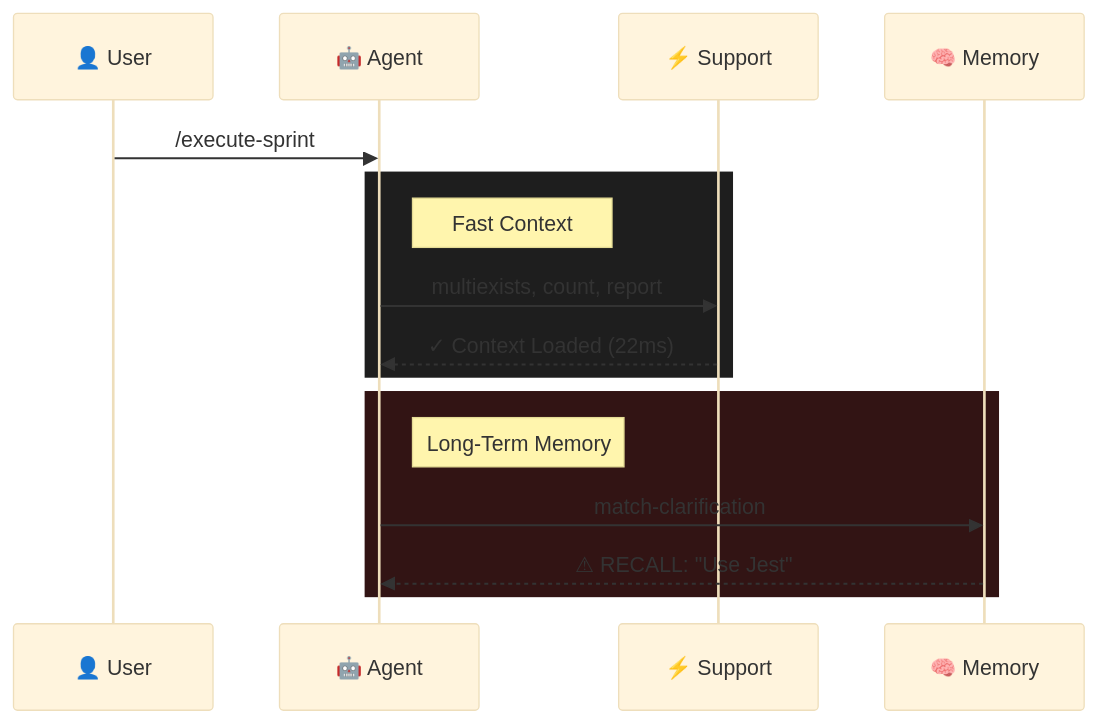
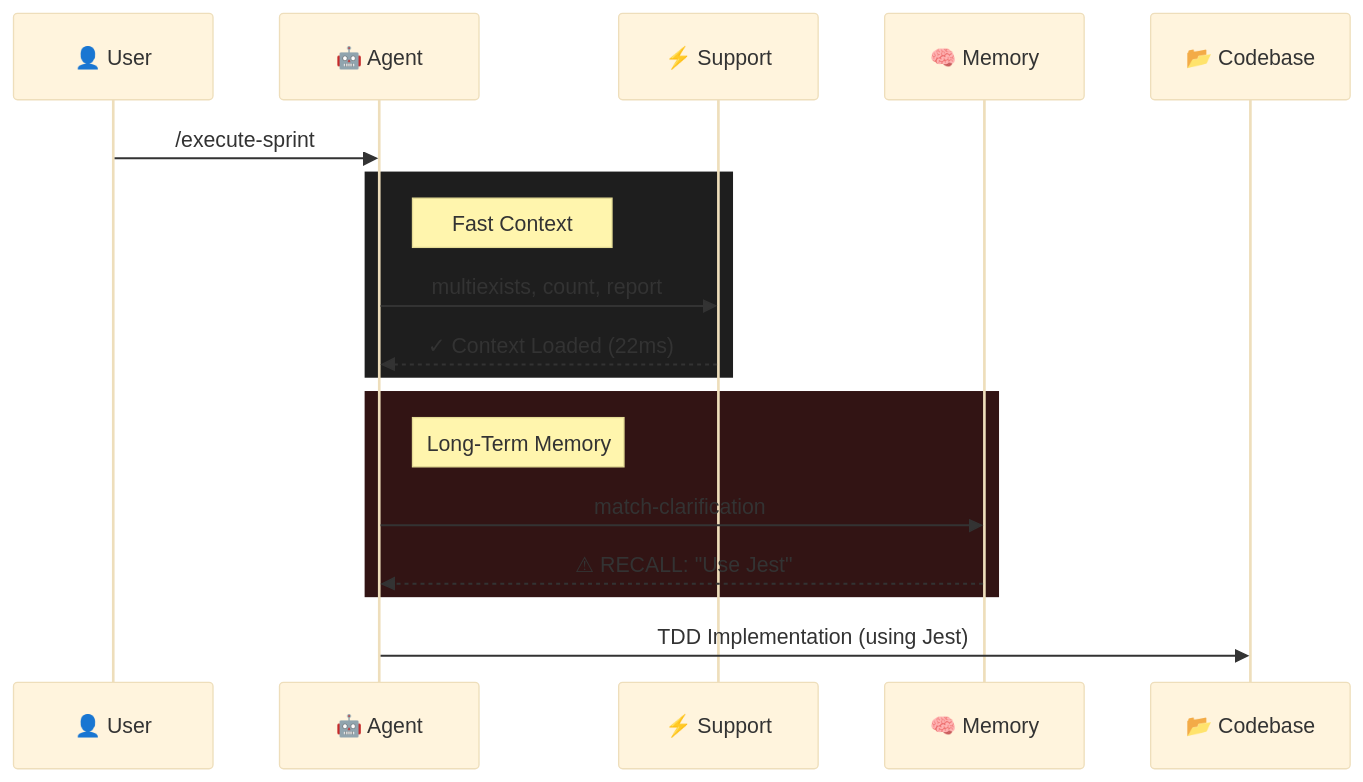
One commit to samestrin/llm-tools changed the diagram in README.md. Above: the diagram before and after it, drawn with Mermaid (base theme).

````diff
--- a/README.md
+++ b/README.md
@@ -146,21 +146,24 @@
 ```mermaid
 sequenceDiagram
     participant U as 👤 User
     participant A as 🤖 Agent
     participant S as ⚡ Support
     participant M as 🧠 Memory
+    participant C as 📂 Codebase
 
     U->>A: /execute-sprint
     
     rect rgb(30, 30, 30)
         note right of A: Fast Context
         A->>S: multiexists, count, report
         S-->>A: ✓ Context Loaded (22ms)
     end
     
     rect rgb(50, 20, 20)
         note right of A: Long-Term Memory
         A->>M: match-clarification
         M-->>A: ⚠ RECALL: "Use Jest"
     end
+
+    A->>C: TDD Implementation (using Jest)
 ```
````
